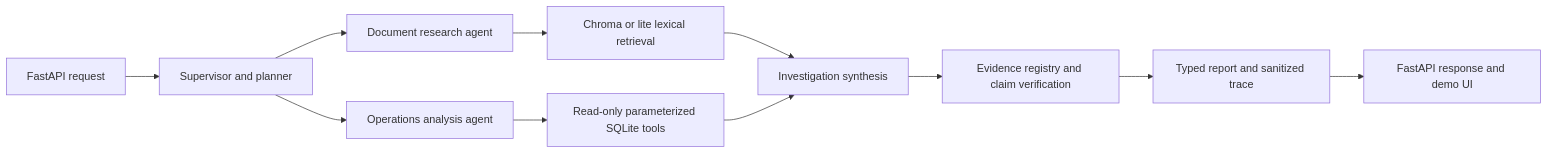
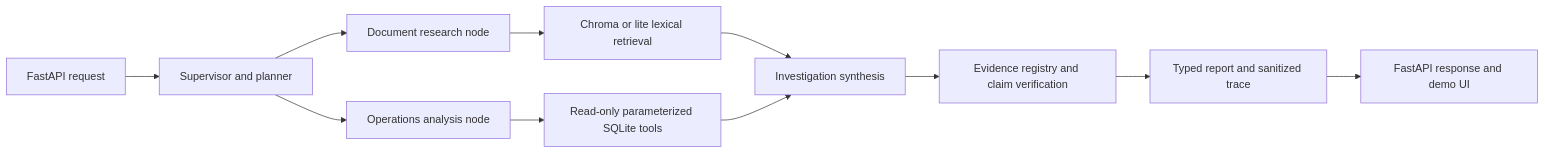
The diagram in README.md (itsmyfacade/RAG-AI-Evidence-Grounded-Intelligence-System), drawn with Mermaid before and after one commit. The commit also changed other lines of this file and 8 other files, not shown here.

````diff
--- a/README.md
+++ b/README.md
@@ -13,13 +15,13 @@
 ```mermaid
 flowchart LR
     U[FastAPI request] --> S[Supervisor and planner]
-    S --> D[Document research agent]
-    S --> O[Operations analysis agent]
+    S --> D[Document research node]
+    S --> O[Operations analysis node]
     D --> R[Chroma or lite lexical retrieval]
     O --> Q[Read-only parameterized SQLite tools]
     R --> I[Investigation synthesis]
     Q --> I
     I --> V[Evidence registry and claim verification]
     V --> F[Typed report and sanitized trace]
     F --> API[FastAPI response and demo UI]
 ```
````
